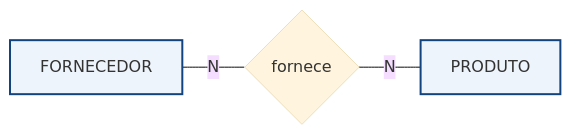
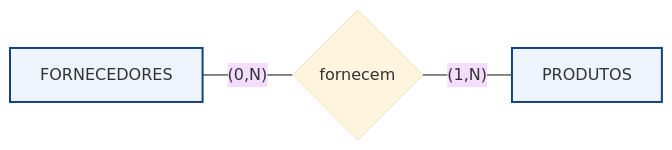
One commit to howardroatti/banco-de-dados-faesa changed the diagram in unidades/04-modelagem/assets/er-fornecimento.mmd. Above: the diagram before and after it, drawn with Mermaid (base theme). The commit also changed 22 other files, not shown here.

Commit message:
Secao Traducao Classe->E-R (5 casos) com diagrama de classe + E-R Chen (min,max) + Dicionario de Dados

```diff
--- a/unidades/04-modelagem/assets/er-fornecimento.mmd
+++ b/unidades/04-modelagem/assets/er-fornecimento.mmd
@@ -1,6 +1,6 @@
 flowchart LR
-    FO["FORNECEDOR"] ---|N| R{"fornece"}
-    R ---|N| PR["PRODUTO"]
+    FO["FORNECEDORES"] ---|"(0,N)"| R{"fornecem"}
+    R ---|"(1,N)"| PR["PRODUTOS"]
     FO:::ent
     PR:::ent
     classDef ent fill:#eef4fb,stroke:#12437f,stroke-width:2px;
```
